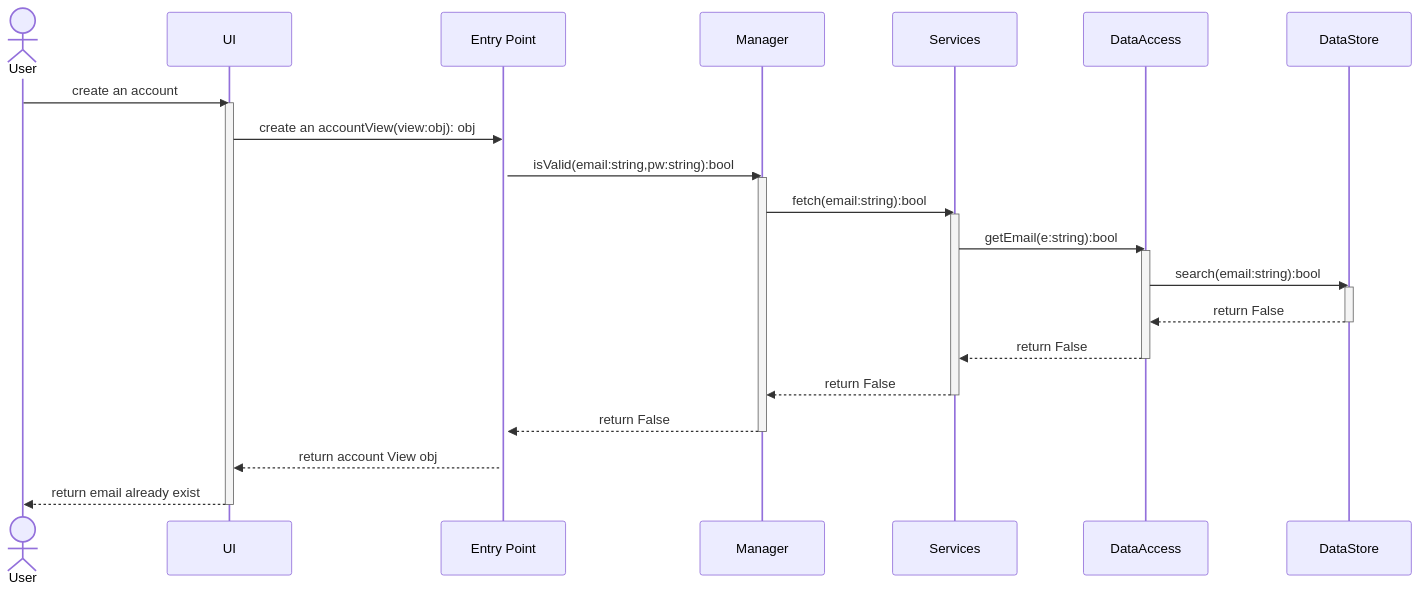
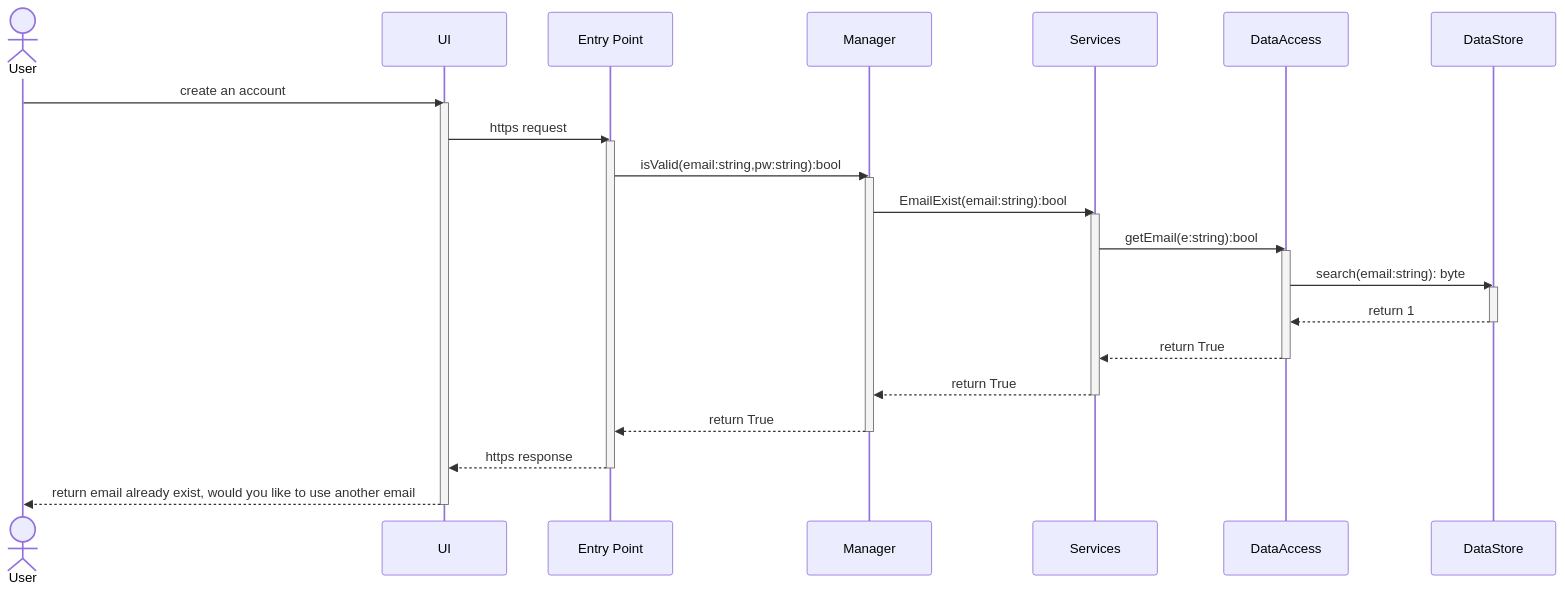
Before and after one commit to JosephArmas/cecs-491A-Team-Big-Data: the diagram in milestone 2/low level design/registration/failures/v3/account/account_email_exist.md, drawn with Mermaid. The commit also changed 1 other file, not shown here.

Commit message:
partially revised + null scenario

````diff
--- a/milestone 2/low level design/registration/failures/v3/account/account_email_exist.md
+++ b/milestone 2/low level design/registration/failures/v3/account/account_email_exist.md
@@ -2,27 +2,28 @@
 ```mermaid
 sequenceDiagram
     actor User
     User ->> UI: create an account
     activate UI
-    UI ->> Entry Point: create an accountView(view:obj): obj
+    UI ->> Entry Point: https request 
     activate Entry Point
     Entry Point ->> Manager: isValid(email:string,pw:string):bool
     activate Manager
-    Manager ->> Services: fetch(email:string):bool
+    Manager ->> Services: EmailExist(email:string):bool
     activate Services
     Services ->> DataAccess: getEmail(e:string):bool 
     activate DataAccess
-    DataAccess ->> DataStore: search(email:string):bool
+    DataAccess ->> DataStore: search(email:string): byte
     activate DataStore
-    DataStore -->> DataAccess: return False
+    DataStore -->> DataAccess: return 1
     deactivate DataStore
-    DataAccess -->> Services: return False
+    DataAccess -->> Services: return True
     deactivate DataAccess
-    Services -->> Manager: return False
+    Services -->> Manager: return True
     deactivate Services
-    Manager -->> Entry Point: return False
+    Manager -->> Entry Point: return True
     deactivate Manager
-    Entry Point -->> UI: return account View obj
-    UI -->> User: return email already exist 
+    Entry Point -->> UI: https response
+    deactivate Entry Point
+    UI -->> User: return email already exist, would you like to use another email 
     deactivate UI
 ```
````
